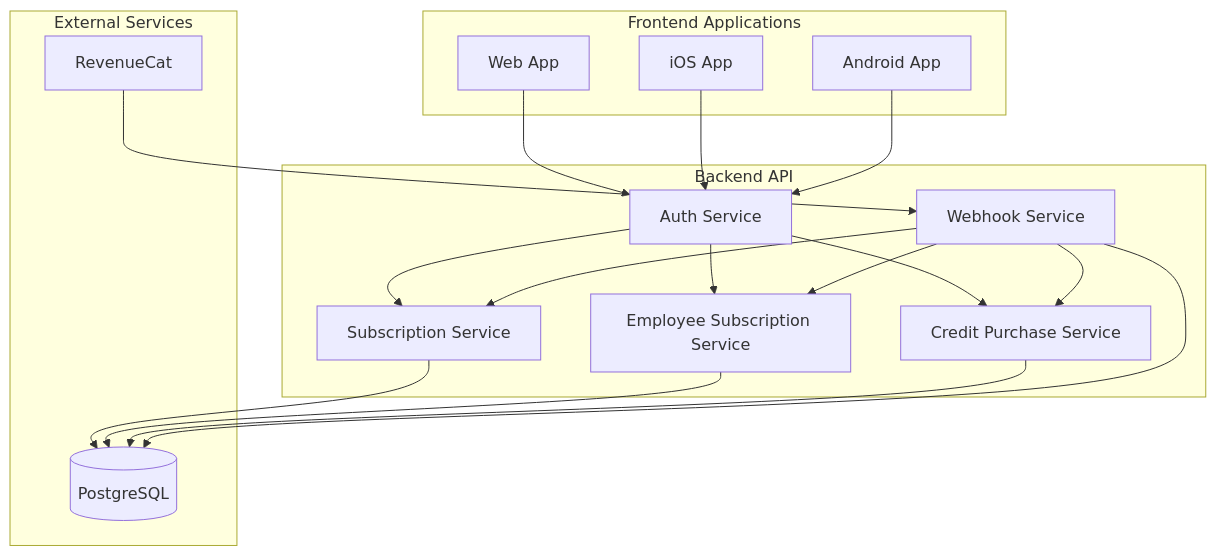
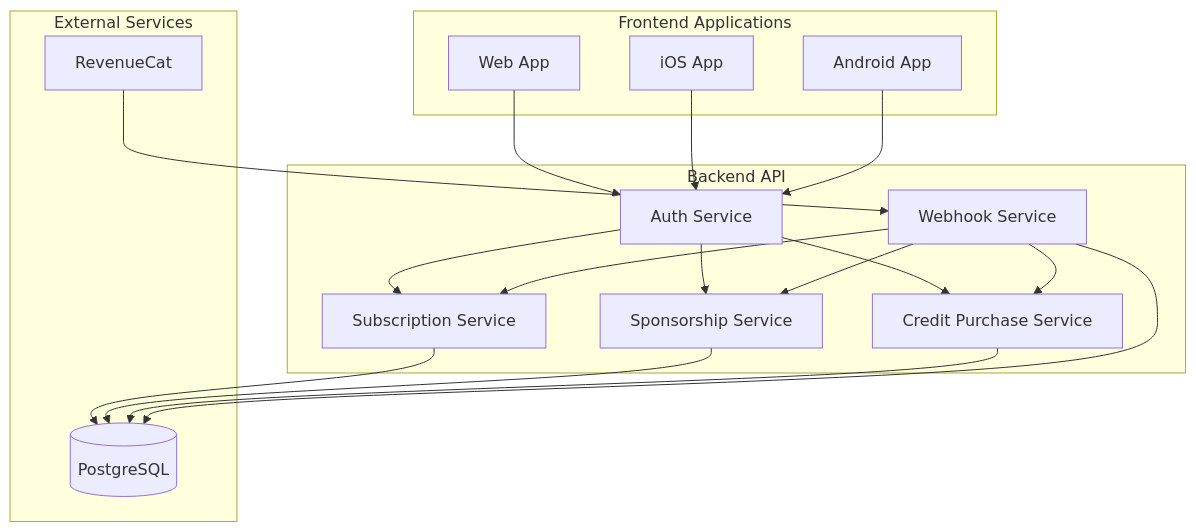
One commit to amird308/woocer changed the first of 3 diagrams in docs/SUBSCRIPTION_AND_EMPLOYEE_FLOW.md. Above: the diagram before and after it, drawn with Mermaid. The commit also changed other lines of this file and 9 other files, not shown here.

Commit message:
refactor: remove employee subscription system and related files

````diff
--- a/docs/SUBSCRIPTION_AND_EMPLOYEE_FLOW.md
+++ b/docs/SUBSCRIPTION_AND_EMPLOYEE_FLOW.md
@@ -13,39 +13,39 @@
 ```mermaid
 graph TB
     subgraph "Frontend Applications"
         WEB[Web App]
         IOS[iOS App]
         AND[Android App]
     end
     
     subgraph "Backend API"
         AUTH[Auth Service]
         SUB[Subscription Service]
-        EMP[Employee Subscription Service]
+        SPONSOR[Sponsorship Service]
         CREDIT[Credit Purchase Service]
         WEBHOOK[Webhook Service]
     end
     
     subgraph "External Services"
         RC[RevenueCat]
         DB[(PostgreSQL)]
     end
     
     WEB --> AUTH
     IOS --> AUTH
     AND --> AUTH
     
     AUTH --> SUB
-    AUTH --> EMP
+    AUTH --> SPONSOR
     AUTH --> CREDIT
     
     RC --> WEBHOOK
     WEBHOOK --> SUB
-    WEBHOOK --> EMP
+    WEBHOOK --> SPONSOR
     WEBHOOK --> CREDIT
     
     SUB --> DB
-    EMP --> DB
+    SPONSOR --> DB
     CREDIT --> DB
     WEBHOOK --> DB
 ```
````
